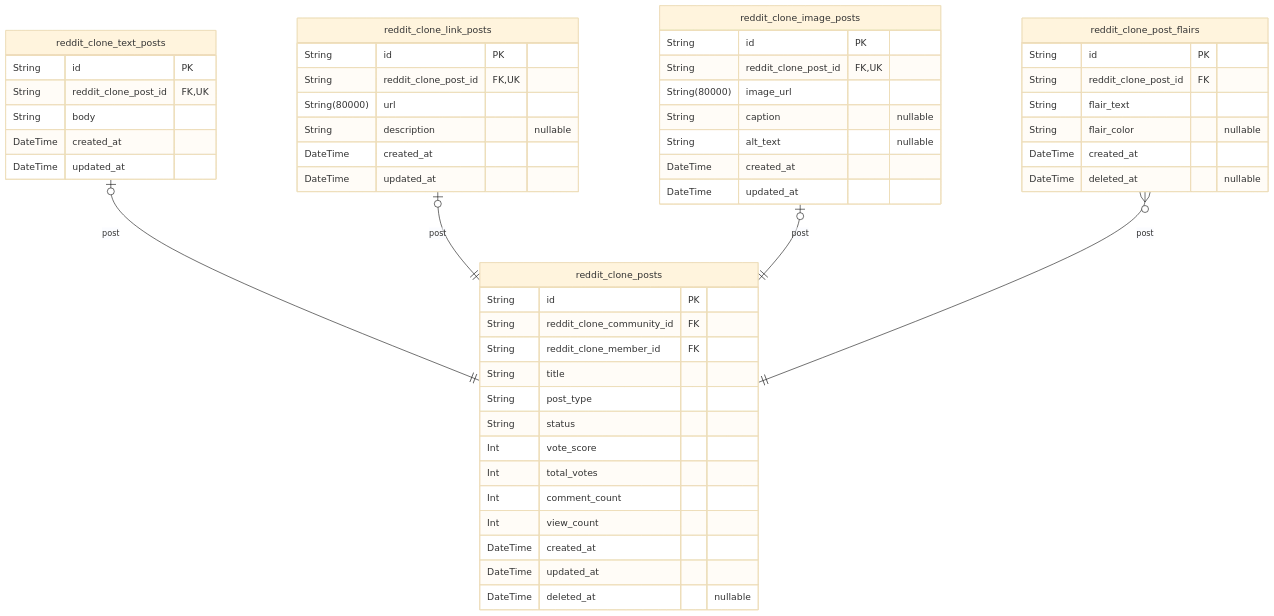
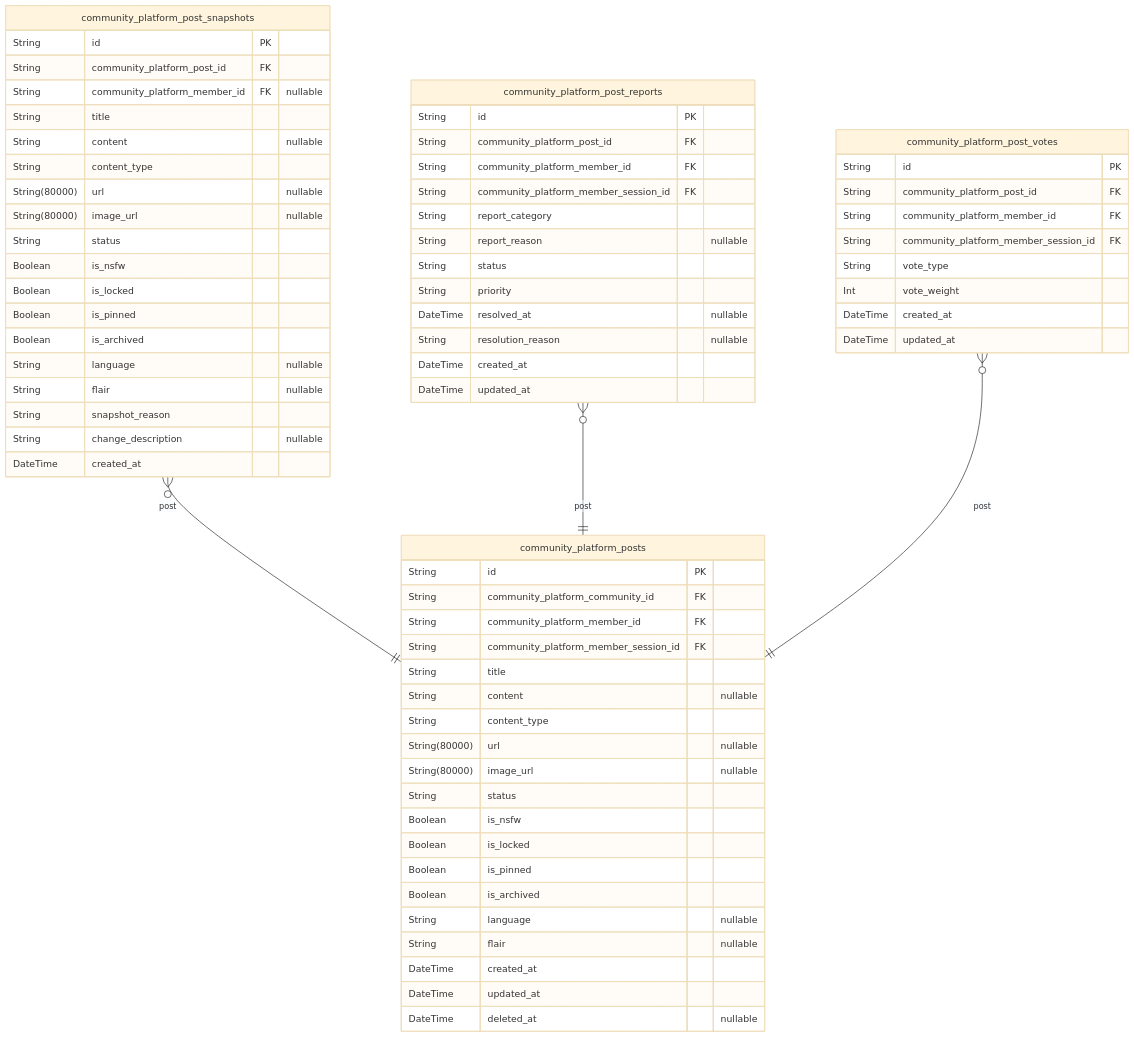
Before and after one commit to wrtnlabs/autobe-examples: the fourth of 10 diagrams in deepseek/deepseek-v3.1-terminus-exacto/reddit/docs/ERD.md, drawn with Mermaid (base theme). The commit also changed other lines of this file and 22498 other files, not shown here.

````diff
--- a/deepseek/deepseek-v3.1-terminus-exacto/reddit/docs/ERD.md
+++ b/deepseek/deepseek-v3.1-terminus-exacto/reddit/docs/ERD.md
@@ -502,54 +699,71 @@
 ```mermaid
 erDiagram
-"reddit_clone_posts" {
+"community_platform_posts" {
   String id PK
-  String reddit_clone_community_id FK
-  String reddit_clone_member_id FK
+  String community_platform_community_id FK
+  String community_platform_member_id FK
+  String community_platform_member_session_id FK
   String title
-  String post_type
+  String content "nullable"
+  String content_type
+  String(80000) url "nullable"
+  String(80000) image_url "nullable"
   String status
-  Int vote_score
-  Int total_votes
-  Int comment_count
-  Int view_count
+  Boolean is_nsfw
+  Boolean is_locked
+  Boolean is_pinned
+  Boolean is_archived
+  String language "nullable"
+  String flair "nullable"
   DateTime created_at
   DateTime updated_at
   DateTime deleted_at "nullable"
 }
-"reddit_clone_text_posts" {
+"community_platform_post_snapshots" {
   String id PK
-  String reddit_clone_post_id FK,UK
-  String body
+  String community_platform_post_id FK
+  String community_platform_member_id FK "nullable"
+  String title
+  String content "nullable"
+  String content_type
+  String(80000) url "nullable"
+  String(80000) image_url "nullable"
+  String status
+  Boolean is_nsfw
+  Boolean is_locked
+  Boolean is_pinned
+  Boolean is_archived
+  String language "nullable"
+  String flair "nullable"
+  String snapshot_reason
+  String change_description "nullable"
+  DateTime created_at
+}
+"community_platform_post_reports" {
+  String id PK
+  String community_platform_post_id FK
+  String community_platform_member_id FK
+  String community_platform_member_session_id FK
+  String report_category
+  String report_reason "nullable"
+  String status
+  String priority
+  DateTime resolved_at "nullable"
+  String resolution_reason "nullable"
   DateTime created_at
   DateTime updated_at
 }
-"reddit_clone_link_posts" {
+"community_platform_post_votes" {
   String id PK
-  String reddit_clone_post_id FK,UK
-  String(80000) url
-  String description "nullable"
+  String community_platform_post_id FK
+  String community_platform_member_id FK
+  String community_platform_member_session_id FK
+  String vote_type
+  Int vote_weight
   DateTime created_at
   DateTime updated_at
 }
-"reddit_clone_image_posts" {
-  String id PK
-  String reddit_clone_post_id FK,UK
-  String(80000) image_url
-  String caption "nullable"
-  String alt_text "nullable"
-  DateTime created_at
-  DateTime updated_at
-}
-"reddit_clone_post_flairs" {
-  String id PK
-  String reddit_clone_post_id FK
-  String flair_text
-  String flair_color "nullable"
-  DateTime created_at
-  DateTime deleted_at "nullable"
-}
-"reddit_clone_text_posts" |o--|| "reddit_clone_posts" : post
-"reddit_clone_link_posts" |o--|| "reddit_clone_posts" : post
-"reddit_clone_image_posts" |o--|| "reddit_clone_posts" : post
-"reddit_clone_post_flairs" }o--|| "reddit_clone_posts" : post
+"community_platform_post_snapshots" }o--|| "community_platform_posts" : post
+"community_platform_post_reports" }o--|| "community_platform_posts" : post
+"community_platform_post_votes" }o--|| "community_platform_posts" : post
 ```
````
